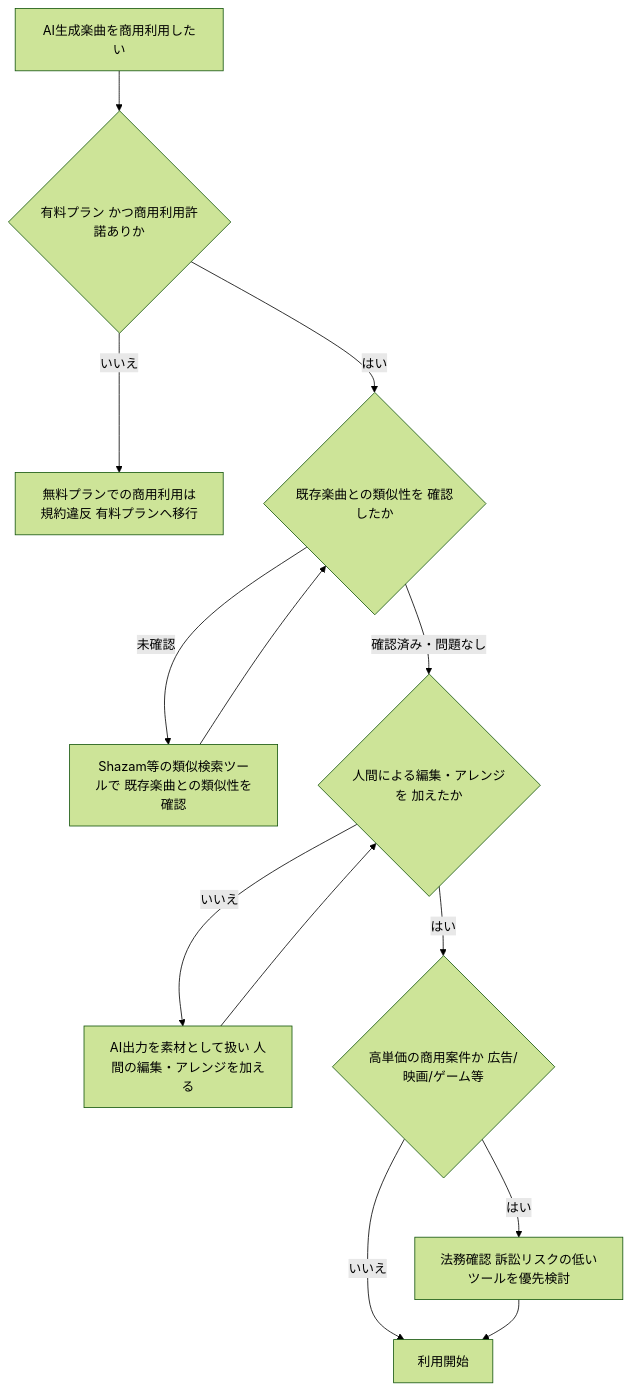
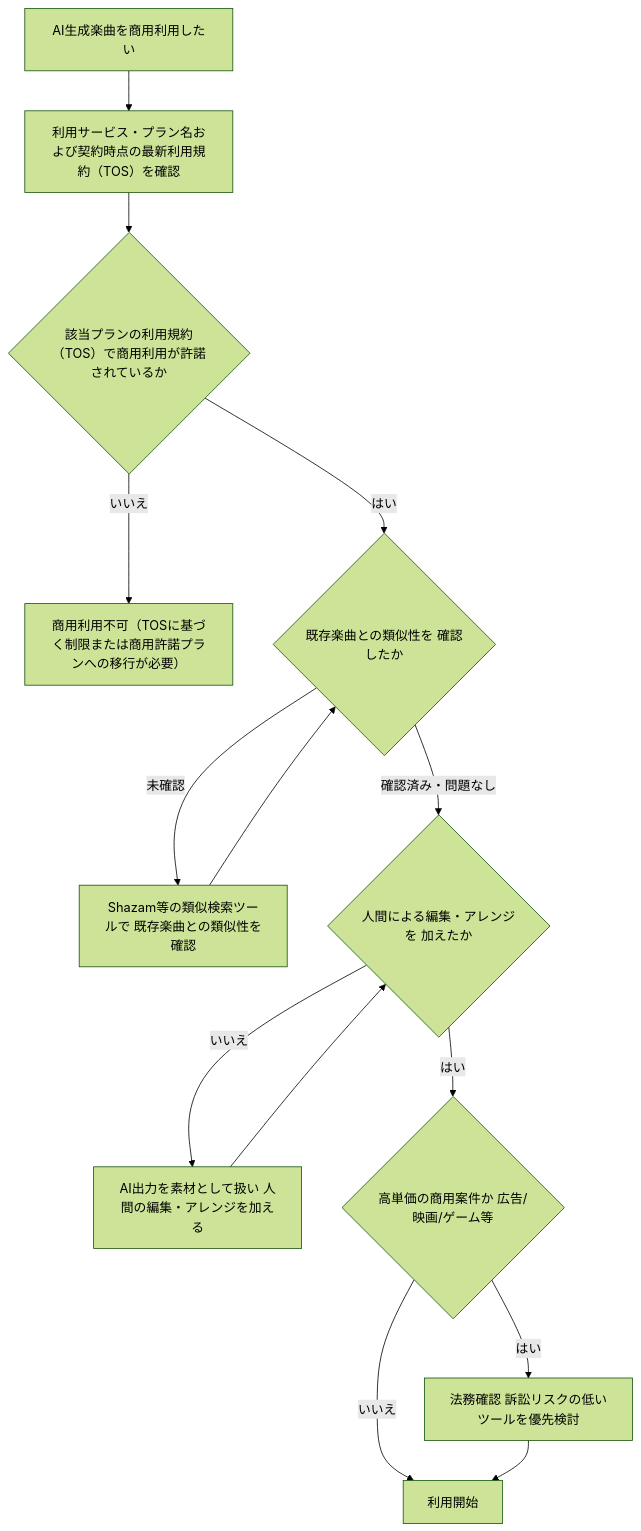
One commit to myoshi2891/Comparison-of-LLMs changed diagram 13 of 18 in Multimodal-image-audio-best-practices-2026.md. Above: the diagram before and after it, drawn with Mermaid (forest theme). The commit also changed other lines of this file and 6 other files, not shown here.

````diff
--- a/Multimodal-image-audio-best-practices-2026.md
+++ b/Multimodal-image-audio-best-practices-2026.md
@@ -506,15 +506,16 @@
 ```mermaid
 flowchart TD
-    Music["AI生成楽曲を商用利用したい"] --> Q1{"有料プラン かつ商用利用許諾ありか"}
-    Q1 -->|"いいえ"| Stop["無料プランでの商用利用は規約違反 有料プランへ移行"]
+    Music["AI生成楽曲を商用利用したい"] --> Q_Service["利用サービス・プラン名および契約時点の最新利用規約（TOS）を確認"]
+    Q_Service --> Q1{"該当プランの利用規約（TOS）で商用利用が許諾されているか"}
+    Q1 -->|"いいえ"| Stop["商用利用不可（TOSに基づく制限または商用許諾プランへの移行が必要）"]
     Q1 -->|"はい"| Q2{"既存楽曲との類似性を 確認したか"}
     Q2 -->|"未確認"| Check["Shazam等の類似検索ツールで 既存楽曲との類似性を確認"]
     Check --> Q2
     Q2 -->|"確認済み・問題なし"| Q3{"人間による編集・アレンジを 加えたか"}
     Q3 -->|"いいえ"| Edit["AI出力を素材として扱い 人間の編集・アレンジを加える"]
     Edit --> Q3
     Q3 -->|"はい"| Q4{"高単価の商用案件か 広告/映画/ゲーム等"}
     Q4 -->|"はい"| Legal["法務確認 訴訟リスクの低いツールを優先検討"]
     Q4 -->|"いいえ"| OK["利用開始"]
     Legal --> OK
 ```
````
